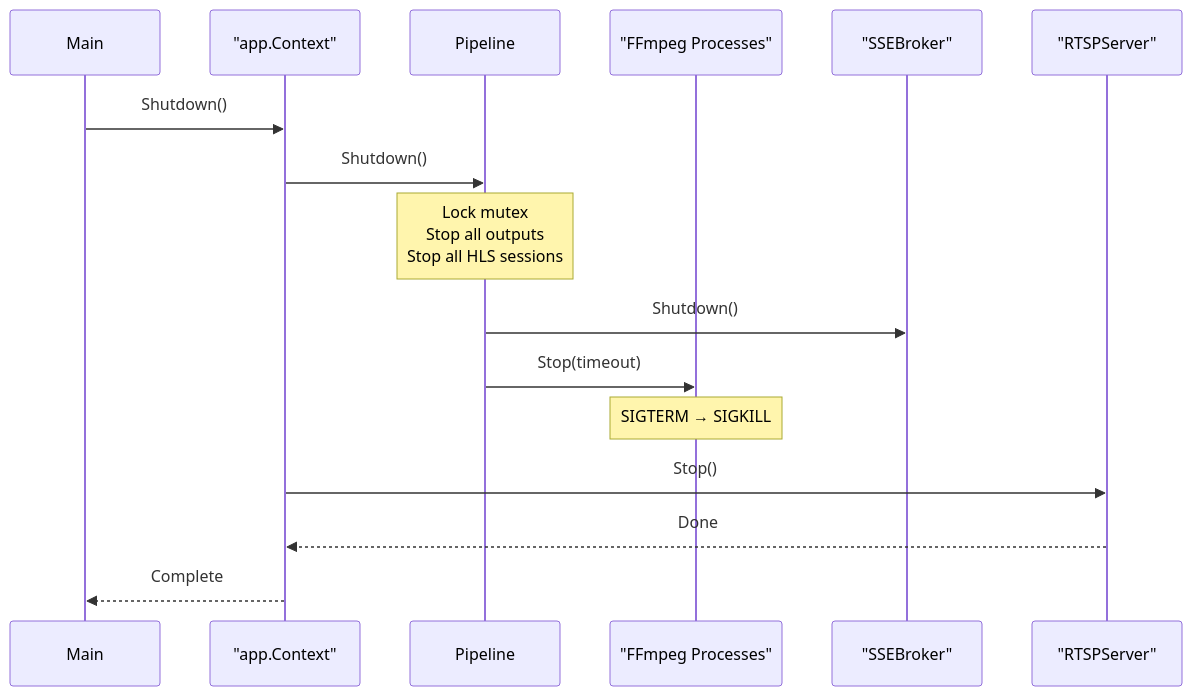
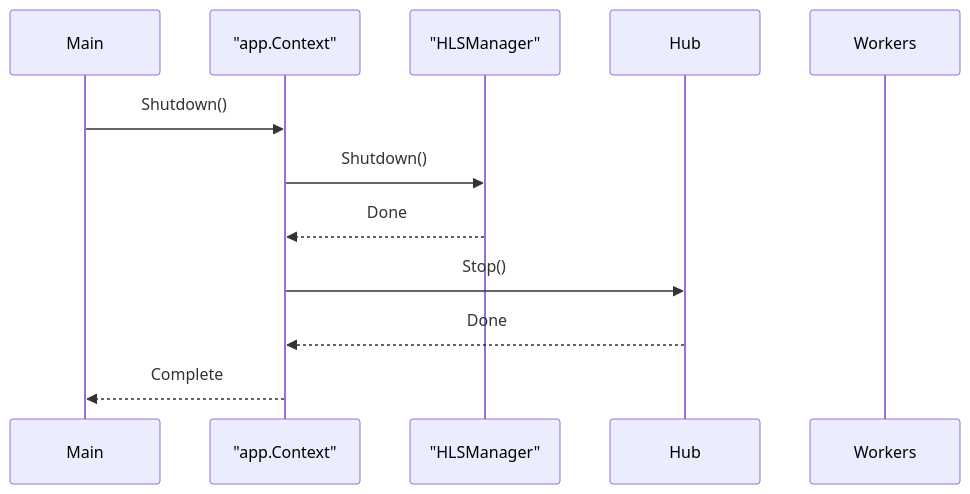
One commit to krsna1729/go-mls changed the fifth of 5 diagrams in docs/architecture.md. Above: the diagram before and after it, drawn with Mermaid. The commit also changed other lines of this file and 1 other file, not shown here.

First line of the commit message:
docs: Update architecture and configuration docs

````diff
--- a/docs/architecture.md
+++ b/docs/architecture.md
@@ -304,19 +152,15 @@
 ```mermaid
 sequenceDiagram
     participant Main
     participant Context as "app.Context"
-    participant Pipeline
-    participant FFmpeg as "FFmpeg Processes"
-    participant SSE as "SSEBroker"
-    participant RTSP as "RTSPServer"
+    participant HLS as "HLSManager"
+    participant Hub
+    participant Workers
     
     Main->>Context: Shutdown()
-    Context->>Pipeline: Shutdown()
-    Note over Pipeline: Lock mutex<br/>Stop all outputs<br/>Stop all HLS sessions
-    Pipeline->>SSE: Shutdown()
-    Pipeline->>FFmpeg: Stop(timeout)
-    Note over FFmpeg: SIGTERM → SIGKILL
-    Context->>RTSP: Stop()
-    RTSP-->>Context: Done
+    Context->>HLS: Shutdown()
+    HLS-->>Context: Done
+    Context->>Hub: Stop()
+    Hub-->>Context: Done
     Context-->>Main: Complete
 ```
````
